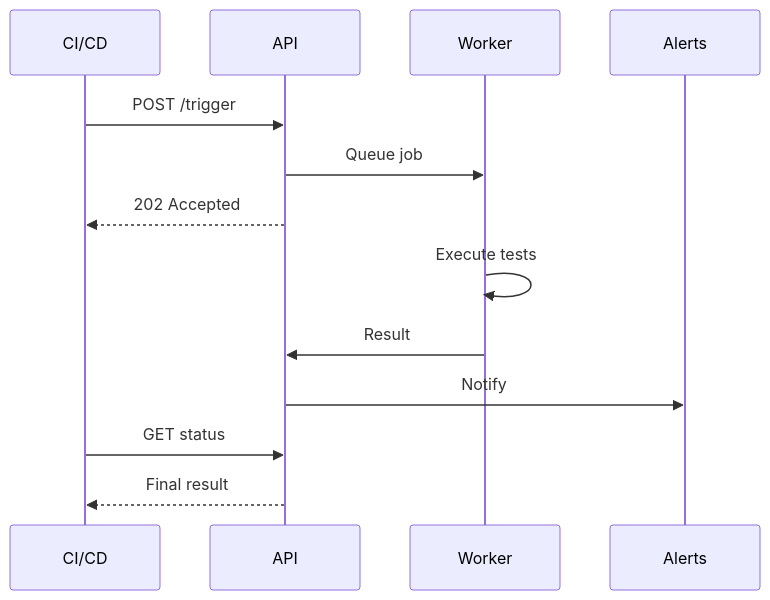
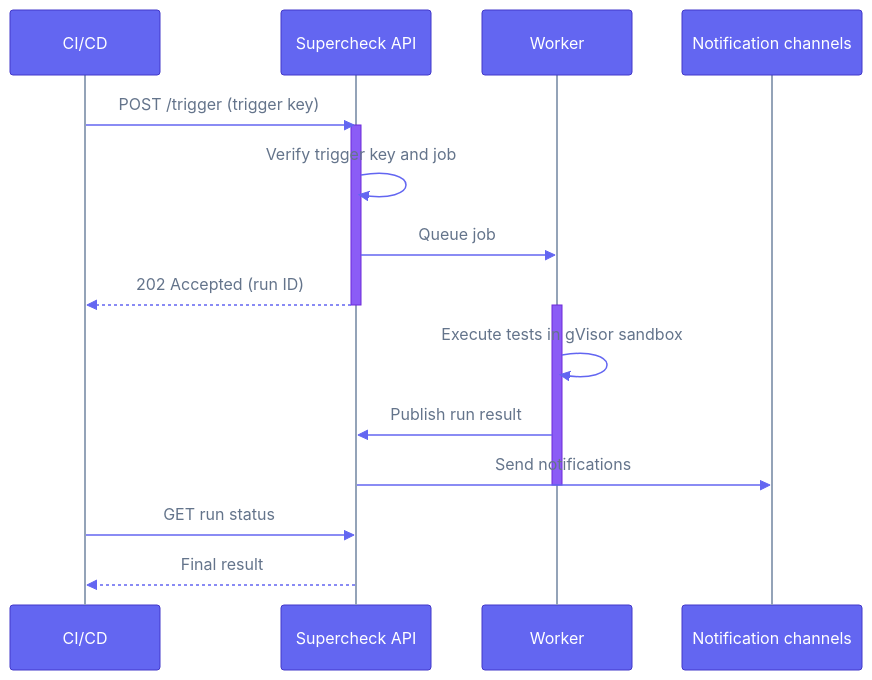
One commit to supercheck-io/supercheck changed the diagram in docs/content/docs/app/automate/jobs.mdx. Above: the diagram before and after it, drawn with Mermaid. The commit also changed 11 other files, not shown here.

First line of the commit message:
docs: theme sequence diagrams to match architecture and add new ones

````diff
--- a/docs/content/docs/app/automate/jobs.mdx
+++ b/docs/content/docs/app/automate/jobs.mdx
@@ -113,16 +113,22 @@
 ```mermaid
+%%{init: {"theme":"base","themeVariables":{"fontFamily":"ui-sans-serif, system-ui, -apple-system, Segoe UI, Roboto, sans-serif","primaryColor":"#6366f1","primaryTextColor":"#ffffff","primaryBorderColor":"#4338ca","lineColor":"#94a3b8","actorBkg":"#6366f1","actorBorder":"#4338ca","actorTextColor":"#ffffff","actorLineColor":"#94a3b8","signalColor":"#6366f1","signalTextColor":"#64748b","labelBoxBkgColor":"#f59e0b","labelBoxBorderColor":"#b45309","labelTextColor":"#ffffff","loopTextColor":"#64748b","activationBkgColor":"#8b5cf6","activationBorderColor":"#6d28d9","noteBkgColor":"#f59e0b","noteBorderColor":"#b45309","noteTextColor":"#ffffff","textColor":"#64748b","mainBkg":"#ffffff"}}}%%
 sequenceDiagram
     participant CI as CI/CD
-    participant API
+    participant API as Supercheck API
     participant Worker
-    participant Alerts
+    participant Alerts as Notification channels
 
-    CI->>API: POST /trigger
+    CI->>API: POST /trigger (trigger key)
+    activate API
+    API->>API: Verify trigger key and job
     API->>Worker: Queue job
-    API-->>CI: 202 Accepted
-    Worker->>Worker: Execute tests
-    Worker->>API: Result
-    API->>Alerts: Notify
-    CI->>API: GET status
+    API-->>CI: 202 Accepted (run ID)
+    deactivate API
+    activate Worker
+    Worker->>Worker: Execute tests in gVisor sandbox
+    Worker->>API: Publish run result
+    API->>Alerts: Send notifications
+    deactivate Worker
+    CI->>API: GET run status
     API-->>CI: Final result
 ```
````
